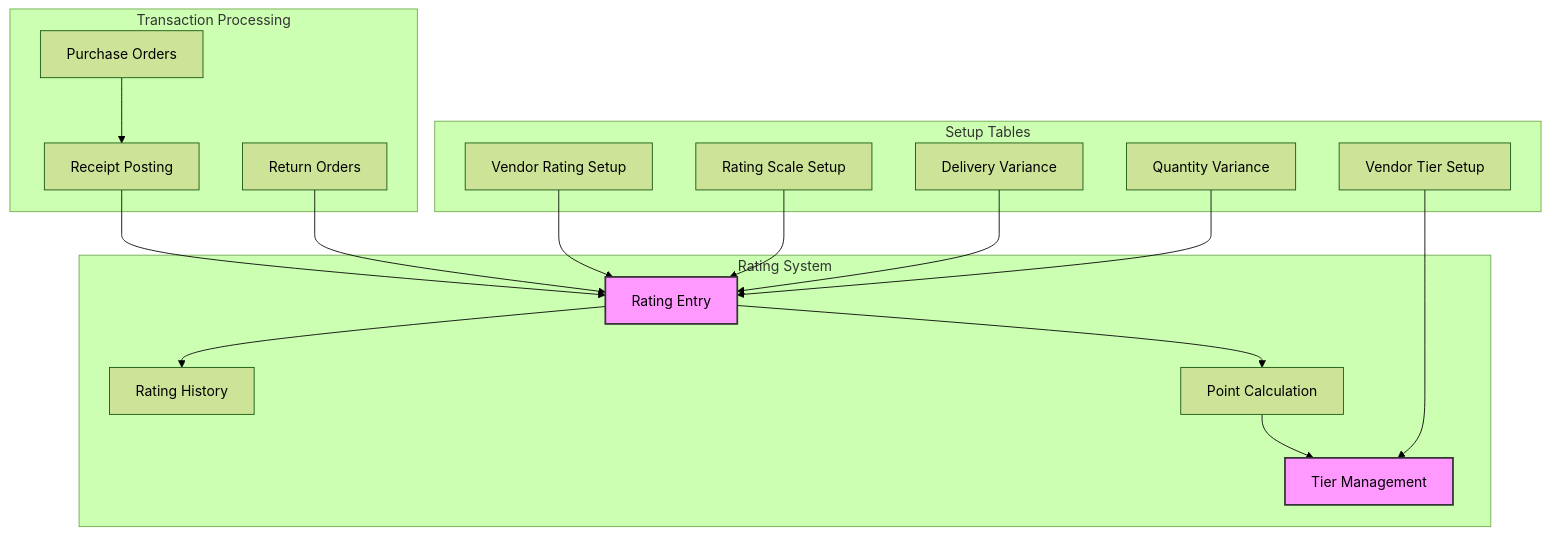
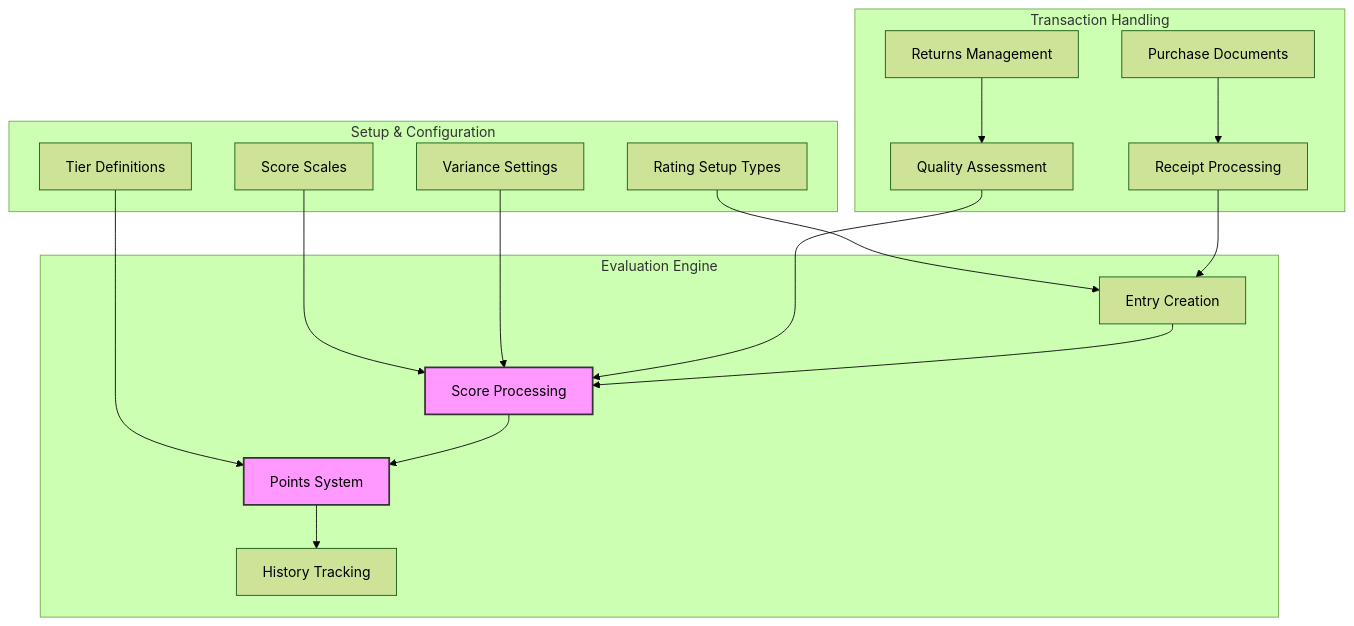
One commit to Goldenvikingsunset/ALProject4 changed the second of 2 diagrams in README.md. Above: the diagram before and after it, drawn with Mermaid (forest theme). The commit also changed other lines of this file and 3 other files, not shown here.

Commit message:
Sorted entry list by posting date

````diff
--- a/README.md
+++ b/README.md
@@ -53,38 +55,38 @@
 ```mermaid
 graph TB
-    subgraph "Setup Tables"
-        A["Vendor Rating Setup"]
-        B["Rating Scale Setup"]
-        C["Delivery Variance"]
-        D["Quantity Variance"]
-        E["Vendor Tier Setup"]
+    subgraph "Setup & Configuration"
+        A[Rating Setup Types]
+        B[Score Scales]
+        C[Variance Settings]
+        D[Tier Definitions]
     end
     
-    subgraph "Transaction Processing"
-        F["Purchase Orders"]
-        G["Receipt Posting"]
-        H["Return Orders"]
+    subgraph "Transaction Handling"
+        E[Purchase Documents]
+        F[Receipt Processing]
+        G[Returns Management]
+        H[Quality Assessment]
     end
     
-    subgraph "Rating System"
-        I["Rating Entry"]
-        J["Rating History"]
-        K["Point Calculation"]
-        L["Tier Management"]
+    subgraph "Evaluation Engine"
+        I[Entry Creation]
+        J[Score Processing]
+        K[Points System]
+        L[History Tracking]
     end
     
-    F --> G
-    G --> I
-    H --> I
-    I --> K
+    A --> I
+    B --> J
+    C --> J
+    D --> K
+    E --> F
+    F --> I
+    G --> H
+    H --> J
+    I --> J
+    J --> K
     K --> L
-    A --> I
-    B --> I
-    C --> I
-    D --> I
-    E --> L
-    I --> J
 
-    style I fill:#f9f,stroke:#333,stroke-width:2px
-    style L fill:#f9f,stroke:#333,stroke-width:2px
+    style J fill:#f9f,stroke:#333,stroke-width:2px
+    style K fill:#f9f,stroke:#333,stroke-width:2px
 ```
````
